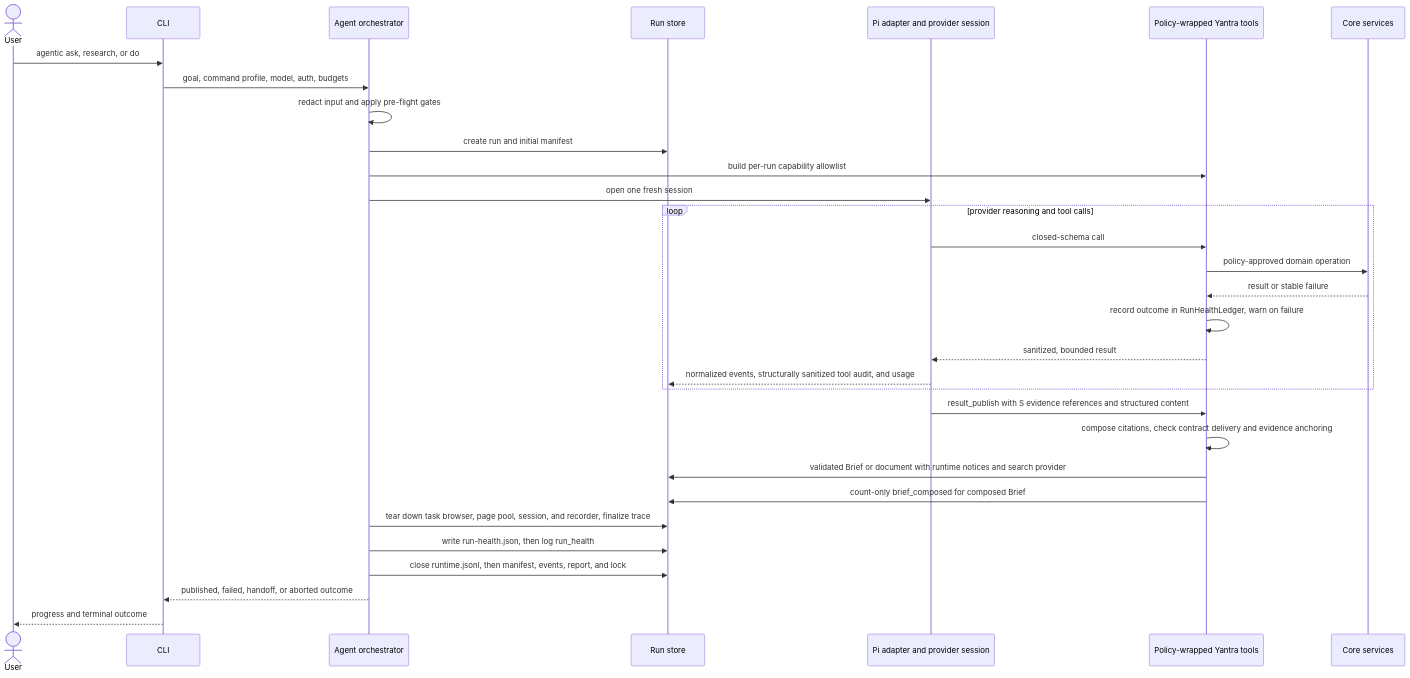
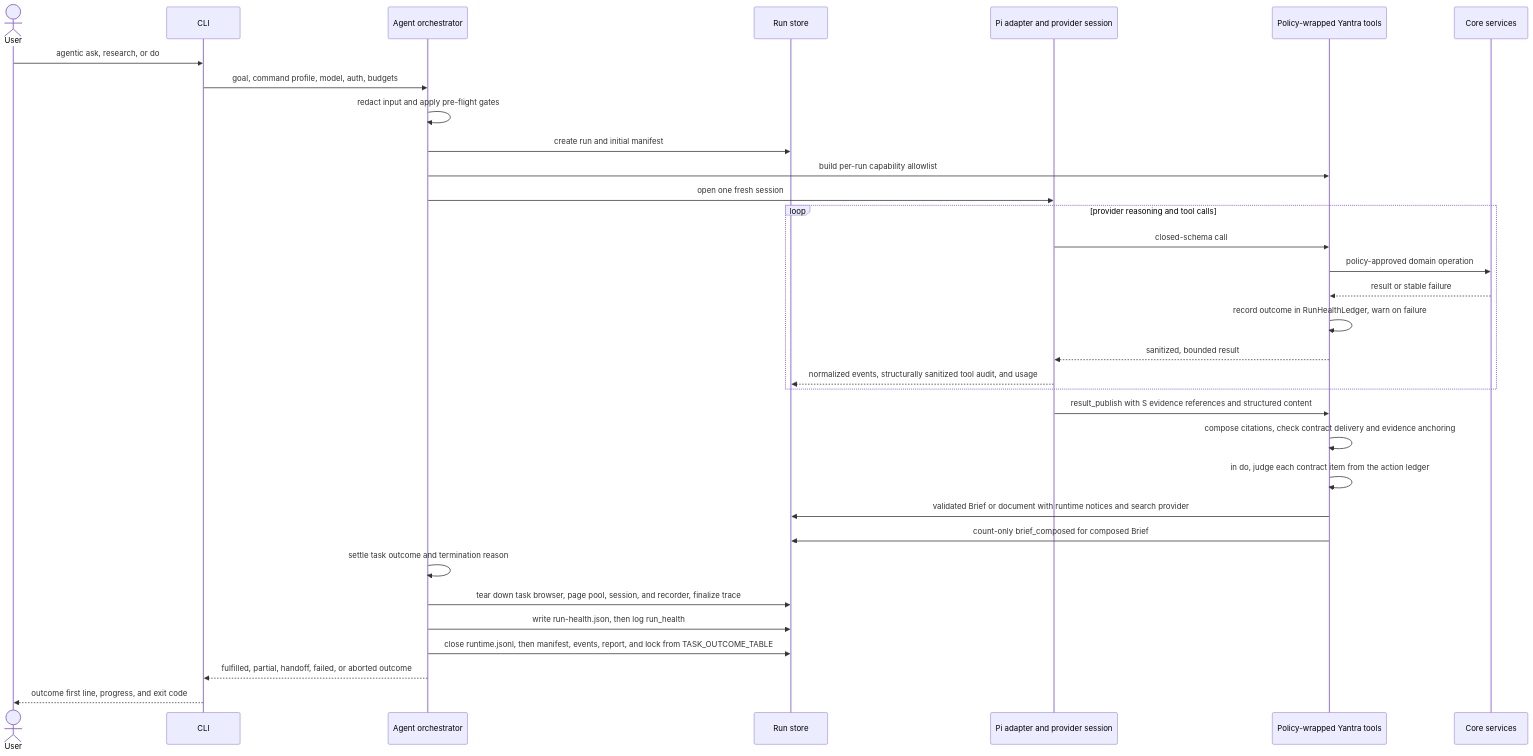
Diagram 21 of 24 in docs/architecture.md (abranjith/yantra), drawn with Mermaid before and after one commit. The commit also changed other lines of this file and 143 other files, not shown here.

````diff
--- a/docs/architecture.md
+++ b/docs/architecture.md
@@ -2157,34 +2311,36 @@
 ```mermaid
 sequenceDiagram
   actor User
   participant CLI
   participant Agent as Agent orchestrator
   participant Run as Run store
   participant Pi as Pi adapter and provider session
   participant Tools as Policy-wrapped Yantra tools
   participant Core as Core services
 
   User->>CLI: agentic ask, research, or do
   CLI->>Agent: goal, command profile, model, auth, budgets
   Agent->>Agent: redact input and apply pre-flight gates
   Agent->>Run: create run and initial manifest
   Agent->>Tools: build per-run capability allowlist
   Agent->>Pi: open one fresh session
   loop provider reasoning and tool calls
     Pi->>Tools: closed-schema call
     Tools->>Core: policy-approved domain operation
     Core-->>Tools: result or stable failure
     Tools->>Tools: record outcome in RunHealthLedger, warn on failure
     Tools-->>Pi: sanitized, bounded result
     Pi-->>Run: normalized events, structurally sanitized tool audit, and usage
   end
   Pi->>Tools: result_publish with S evidence references and structured content
   Tools->>Tools: compose citations, check contract delivery and evidence anchoring
+  Tools->>Tools: in do, judge each contract item from the action ledger
   Tools->>Run: validated Brief or document with runtime notices and search provider
   Tools->>Run: count-only brief_composed for composed Brief
+  Agent->>Agent: settle task outcome and termination reason
   Agent->>Run: tear down task browser, page pool, session, and recorder, finalize trace
   Agent->>Run: write run-health.json, then log run_health
-  Agent->>Run: close runtime.jsonl, then manifest, events, report, and lock
-  Agent-->>CLI: published, failed, handoff, or aborted outcome
-  CLI-->>User: progress and terminal outcome
+  Agent->>Run: close runtime.jsonl, then manifest, events, report, and lock from TASK_OUTCOME_TABLE
+  Agent-->>CLI: fulfilled, partial, handoff, failed, or aborted outcome
+  CLI-->>User: outcome first line, progress, and exit code
 ```
````
